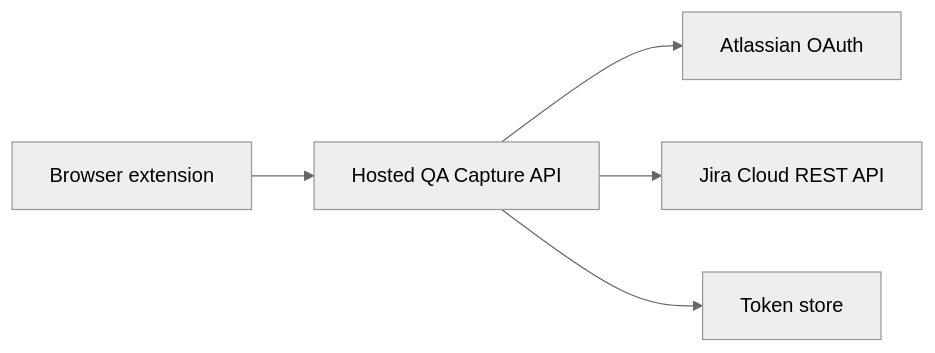
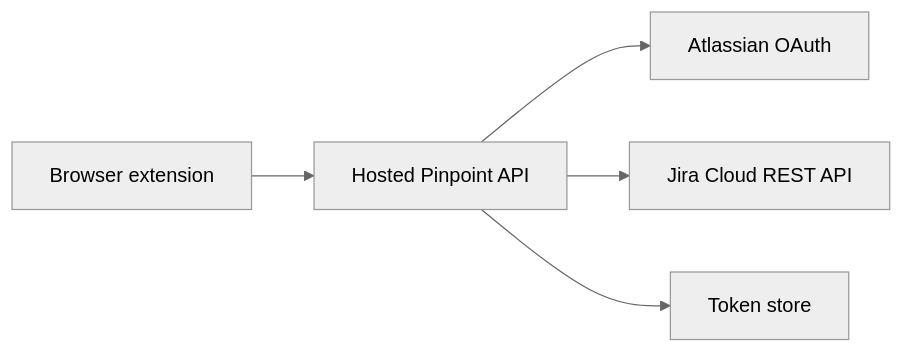
Before and after one commit to BosherT/QA-Capture-Tool: the diagram in HOSTED_ARCHITECTURE.md, drawn with Mermaid (neutral theme). The commit also changed other lines of this file and 15 other files, not shown here.

````diff
--- a/HOSTED_ARCHITECTURE.md
+++ b/HOSTED_ARCHITECTURE.md
@@ -19,7 +19,7 @@
 ```mermaid
 flowchart LR
-  A["Browser extension"] --> B["Hosted QA Capture API"]
+  A["Browser extension"] --> B["Hosted Pinpoint API"]
   B --> C["Atlassian OAuth"]
   B --> D["Jira Cloud REST API"]
   B --> E["Token store"]
 ```
````
